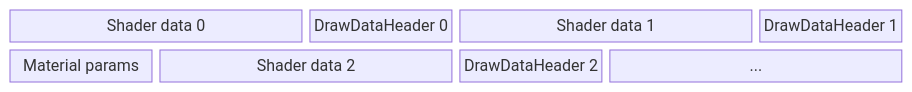
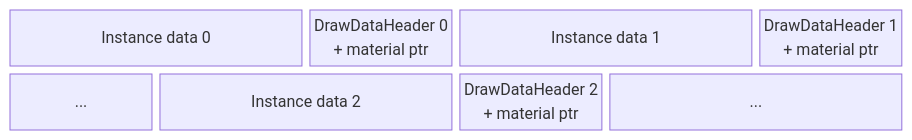
Before and after one commit to ljaaskela/velk-ui: the second of 5 diagrams in docs/render/render-backend.md, drawn with Mermaid. The commit also changed other lines of this file and 101 other files, not shown here.

````diff
--- a/docs/render/render-backend.md
+++ b/docs/render/render-backend.md
@@ -171,6 +190,6 @@
 ```mermaid
 block-beta
     columns 6
-    A["Shader data 0"]:2 B["DrawDataHeader 0"]:1 C["Shader data 1"]:2 D["DrawDataHeader 1"]:1
-    E["Material params"]:1 F["Shader data 2"]:2 G["DrawDataHeader 2"]:1 H["..."]:2
+    A["Instance data 0"]:2 B["DrawDataHeader 0<br/>+ material ptr"]:1 C["Instance data 1"]:2 D["DrawDataHeader 1<br/>+ material ptr"]:1
+    E["..."]:1 F["Instance data 2"]:2 G["DrawDataHeader 2<br/>+ material ptr"]:1 H["..."]:2
 ```
````
